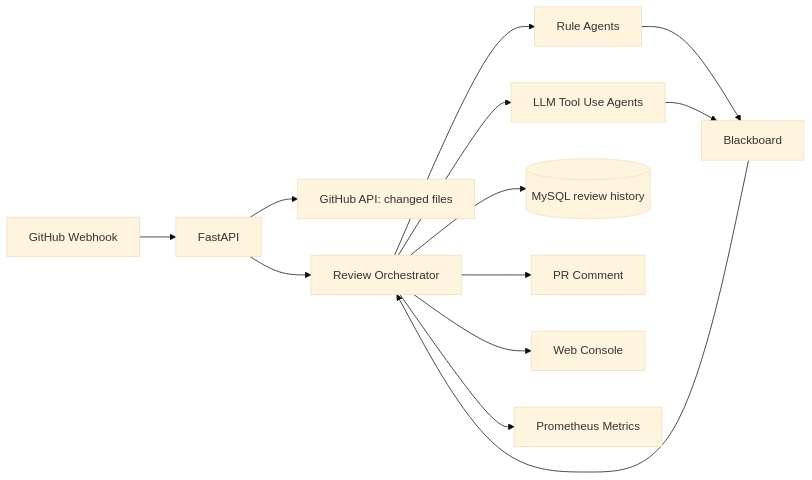
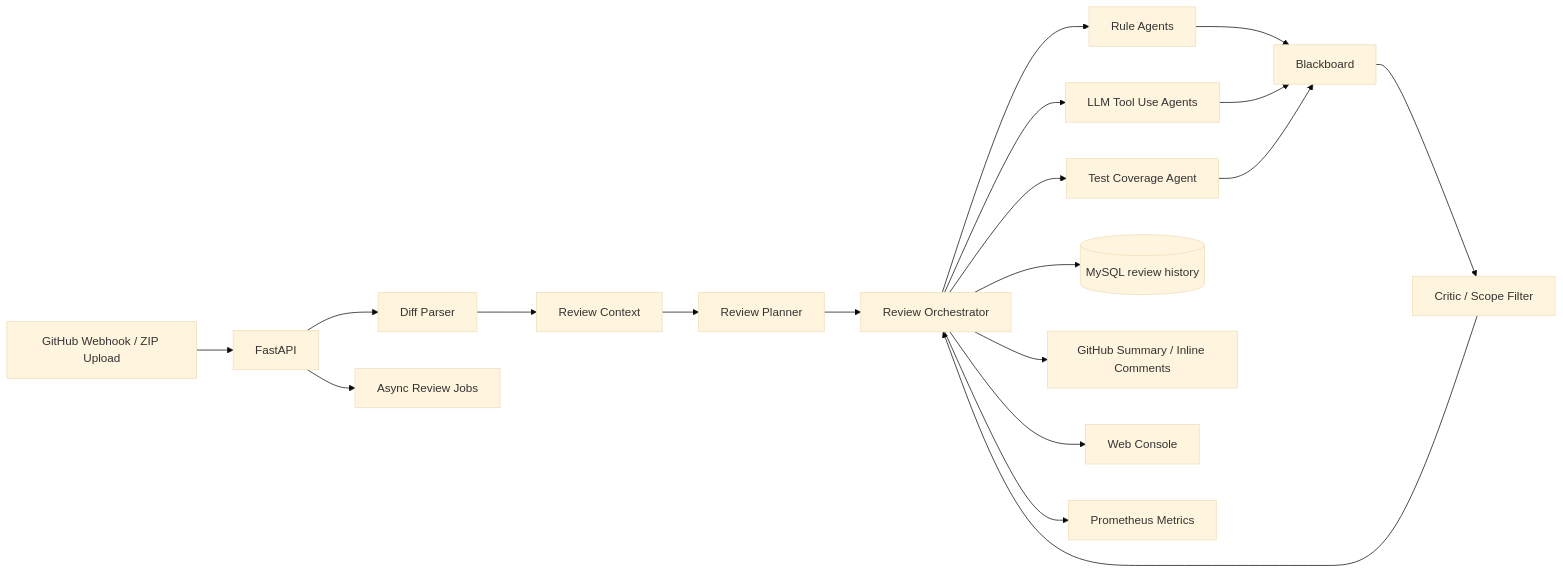
Before and after one commit to lemon7Cy/multi-agent-code-review: the diagram in docs/ARCHITECTURE.md, drawn with Mermaid (base theme). The commit also changed other lines of this file and 18 other files, not shown here.

Commit message:
feat: add diff-aware multi-agent review workflow

````diff
--- a/docs/ARCHITECTURE.md
+++ b/docs/ARCHITECTURE.md
@@ -3,15 +3,21 @@
 ```mermaid
 flowchart LR
-  GH["GitHub Webhook"] --> API["FastAPI"]
-  API --> GHA["GitHub API: changed files"]
-  API --> O["Review Orchestrator"]
+  GH["GitHub Webhook / ZIP Upload"] --> API["FastAPI"]
+  API --> Diff["Diff Parser"]
+  Diff --> Ctx["Review Context"]
+  Ctx --> Plan["Review Planner"]
+  Plan --> O["Review Orchestrator"]
   O --> R1["Rule Agents"]
   O --> R2["LLM Tool Use Agents"]
+  O --> R3["Test Coverage Agent"]
   R1 --> BB["Blackboard"]
   R2 --> BB
-  BB --> O
+  R3 --> BB
+  BB --> Critic["Critic / Scope Filter"]
+  Critic --> O
   O --> DB[("MySQL review history")]
-  O --> PR["PR Comment"]
+  O --> PR["GitHub Summary / Inline Comments"]
   O --> UI["Web Console"]
   O --> M["Prometheus Metrics"]
+  API --> Jobs["Async Review Jobs"]
 ```
````
